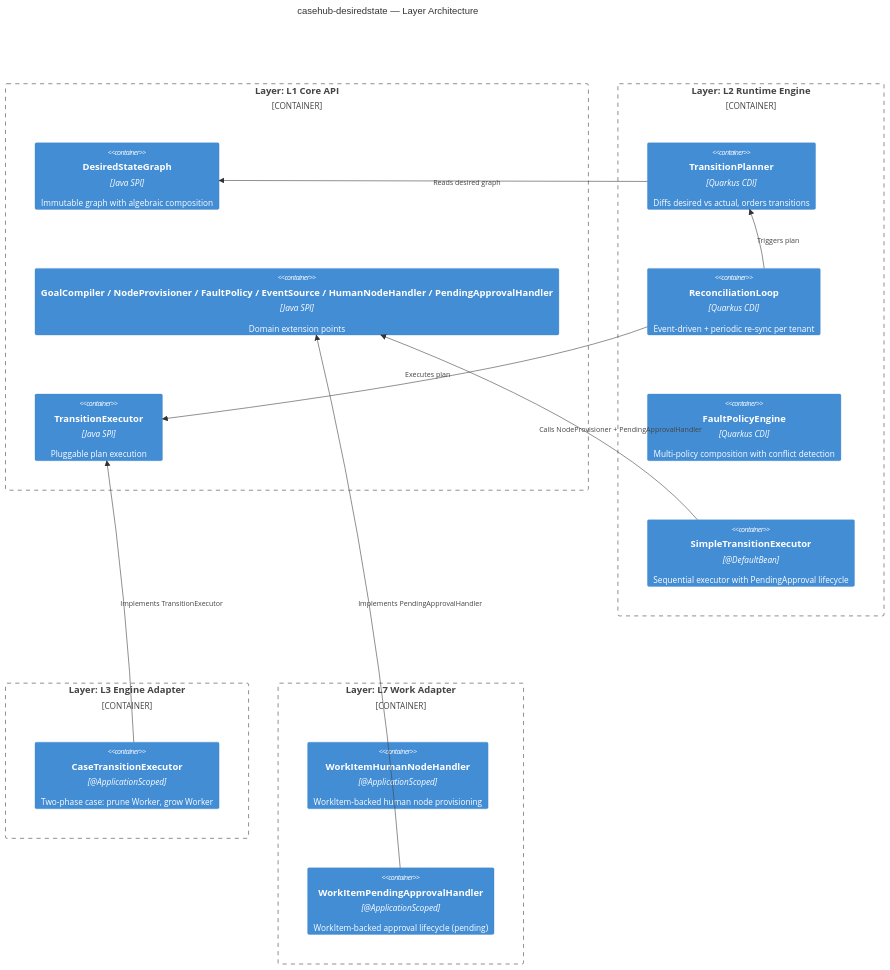
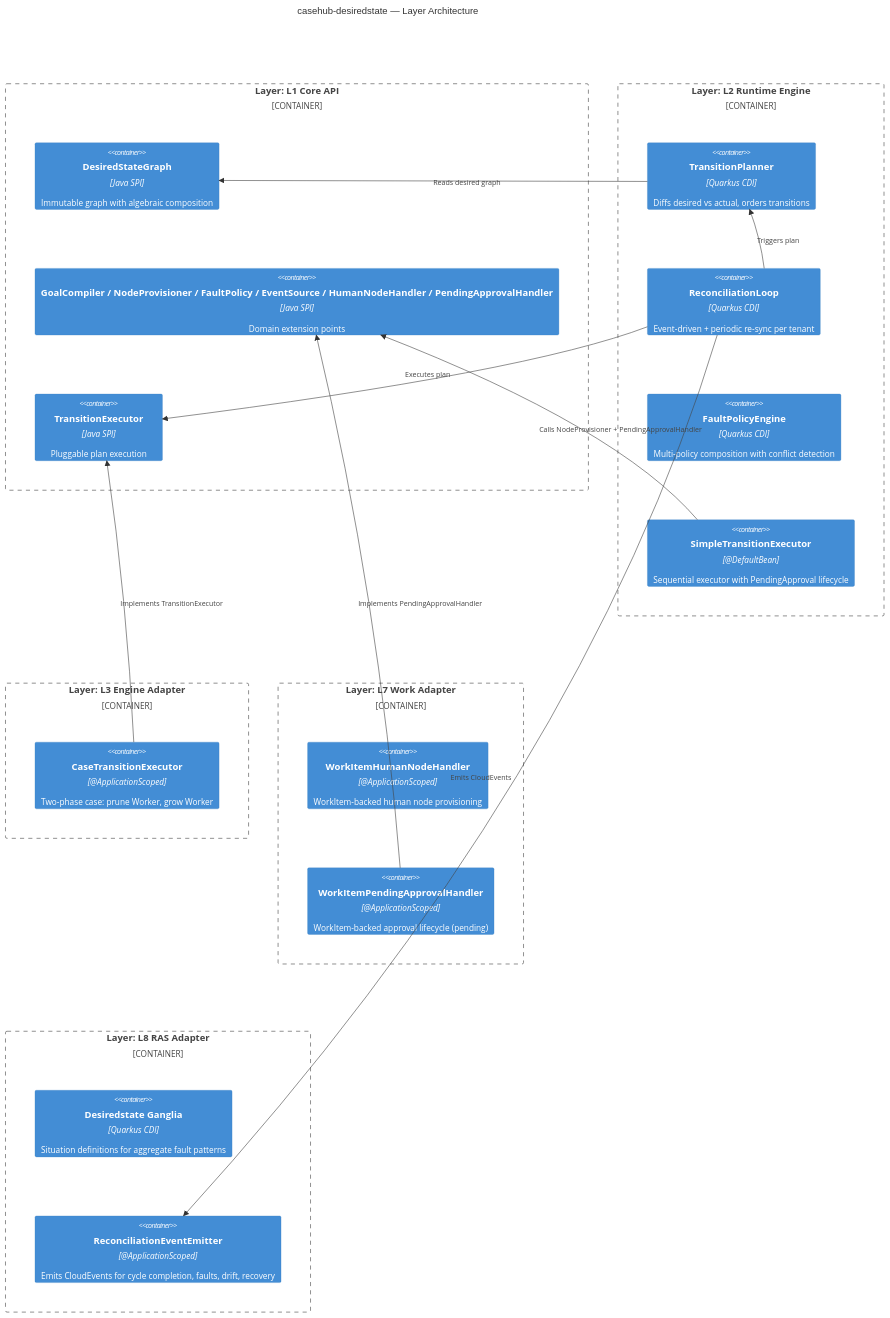
One commit to mdproctor/casehub-desiredstate changed the second of 4 diagrams in ARC42STORIES.MD. Above: the diagram before and after it, drawn with Mermaid. The commit also changed other lines of this file and 55 other files, not shown here.

First line of the commit message:
feat(#59): aggregate fault detection via RAS integration

````diff
--- a/ARC42STORIES.MD
+++ b/ARC42STORIES.MD
@@ -134,33 +135,39 @@
 ```mermaid
 C4Container
   title casehub-desiredstate — Layer Architecture
 
   Container_Boundary(b1, "Layer: L1 Core API") {
     Container(api_graph, "DesiredStateGraph", "Java SPI", "Immutable graph with algebraic composition")
     Container(api_spis, "GoalCompiler / NodeProvisioner / FaultPolicy / EventSource / HumanNodeHandler / PendingApprovalHandler", "Java SPI", "Domain extension points")
     Container(api_exec, "TransitionExecutor", "Java SPI", "Pluggable plan execution")
   }
 
   Container_Boundary(b2, "Layer: L2 Runtime Engine") {
     Container(planner, "TransitionPlanner", "Quarkus CDI", "Diffs desired vs actual, orders transitions")
     Container(loop, "ReconciliationLoop", "Quarkus CDI", "Event-driven + periodic re-sync per tenant")
     Container(fault, "FaultPolicyEngine", "Quarkus CDI", "Multi-policy composition with conflict detection")
     Container(simple, "SimpleTransitionExecutor", "@DefaultBean", "Sequential executor with PendingApproval lifecycle")
   }
 
   Container_Boundary(b3, "Layer: L3 Engine Adapter") {
     Container(case_exec, "CaseTransitionExecutor", "@ApplicationScoped", "Two-phase case: prune Worker, grow Worker")
   }
 
   Container_Boundary(b7, "Layer: L7 Work Adapter") {
     Container(work_human, "WorkItemHumanNodeHandler", "@ApplicationScoped", "WorkItem-backed human node provisioning")
     Container(work_approval, "WorkItemPendingApprovalHandler", "@ApplicationScoped", "WorkItem-backed approval lifecycle (pending)")
   }
 
+  Container_Boundary(b8, "Layer: L8 RAS Adapter") {
+    Container(ras_ganglia, "Desiredstate Ganglia", "Quarkus CDI", "Situation definitions for aggregate fault patterns")
+    Container(ras_emitter, "ReconciliationEventEmitter", "@ApplicationScoped", "Emits CloudEvents for cycle completion, faults, drift, recovery")
+  }
+
   Rel(planner, api_graph, "Reads desired graph")
   Rel(loop, planner, "Triggers plan")
   Rel(loop, api_exec, "Executes plan")
   Rel(simple, api_spis, "Calls NodeProvisioner + PendingApprovalHandler")
   Rel(case_exec, api_exec, "Implements TransitionExecutor")
   Rel(work_approval, api_spis, "Implements PendingApprovalHandler")
+  Rel(loop, ras_emitter, "Emits CloudEvents")
 ```
````
